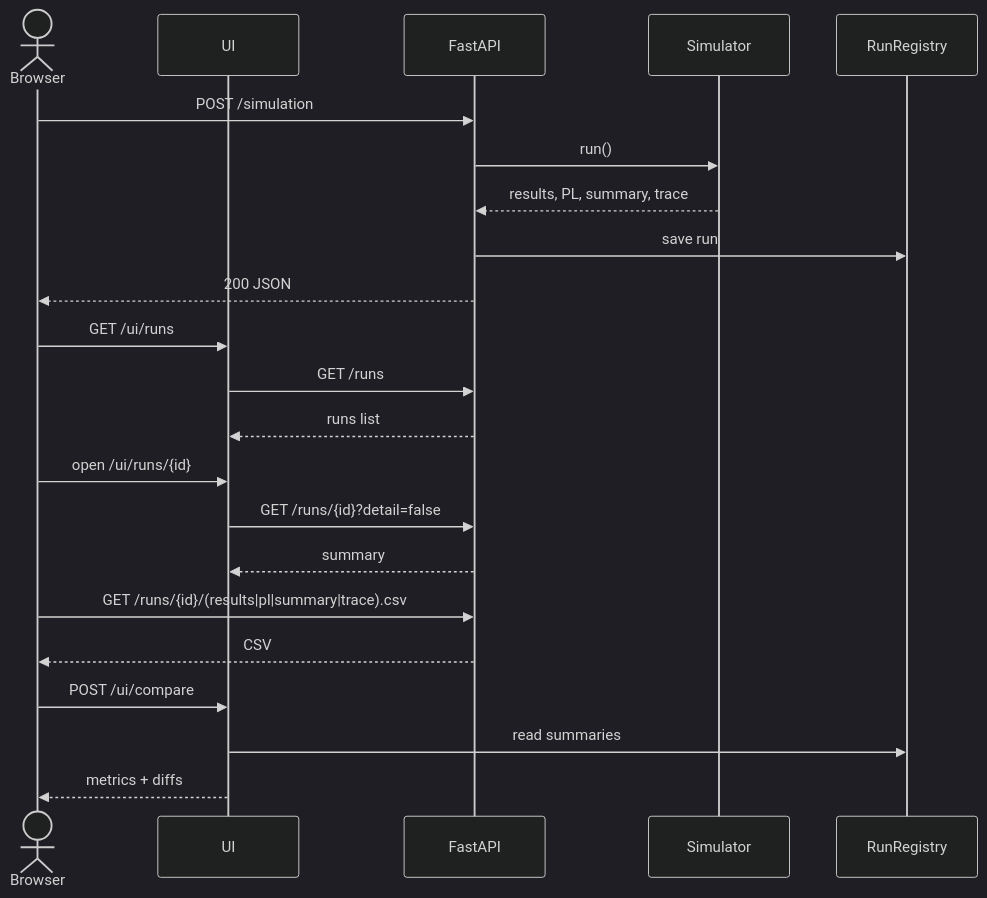
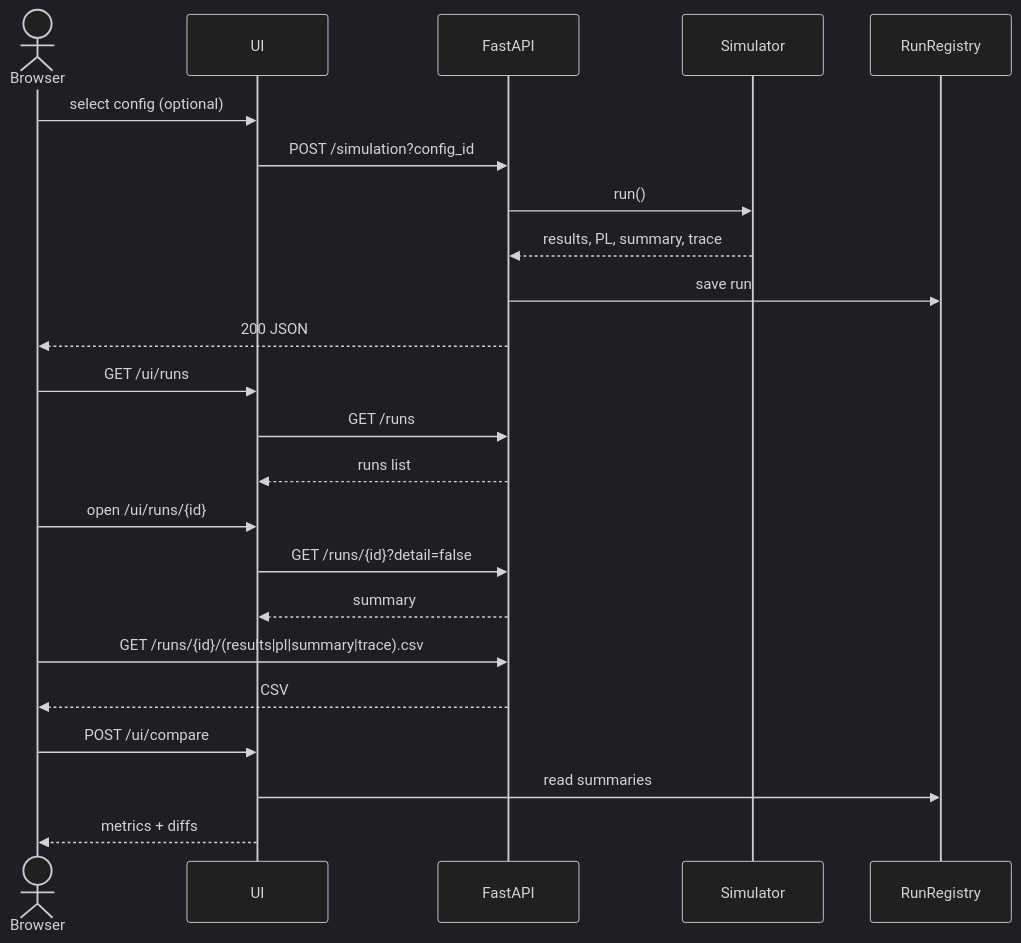
Before and after one commit to miumigy/scpln: the third of 3 diagrams in README.md, drawn with Mermaid (dark theme). The commit also changed other lines of this file, not shown here.

Commit message:
docs(readme): document SQLite config master (CRUD UI/API), config_id flow, index config bar; add config download endpoints and env SCPLN_DB; update sequence

````diff
--- a/README.md
+++ b/README.md
@@ -205,34 +220,35 @@
 ```mermaid
 sequenceDiagram
   actor User as Browser
   participant UI as UI
   participant API as FastAPI
   participant Sim as Simulator
   participant REG as RunRegistry
 
   %% Run 実行
-  User->>API: POST /simulation
+  User->>UI: select config (optional)
+  UI->>API: POST /simulation?config_id
   API->>Sim: run()
   Sim-->>API: results, PL, summary, trace
   API->>REG: save run
   API-->>User: 200 JSON
 
   %% 履歴一覧
   User->>UI: GET /ui/runs
   UI->>API: GET /runs
   API-->>UI: runs list
 
   %% 詳細
   User->>UI: open /ui/runs/{id}
   UI->>API: GET /runs/{id}?detail=false
   API-->>UI: summary
 
   %% CSVs
   User->>API: GET /runs/{id}/(results|pl|summary|trace).csv
   API-->>User: CSV
 
   %% 比較
   User->>UI: POST /ui/compare
   UI->>REG: read summaries
   UI-->>User: metrics + diffs
 ```
````
